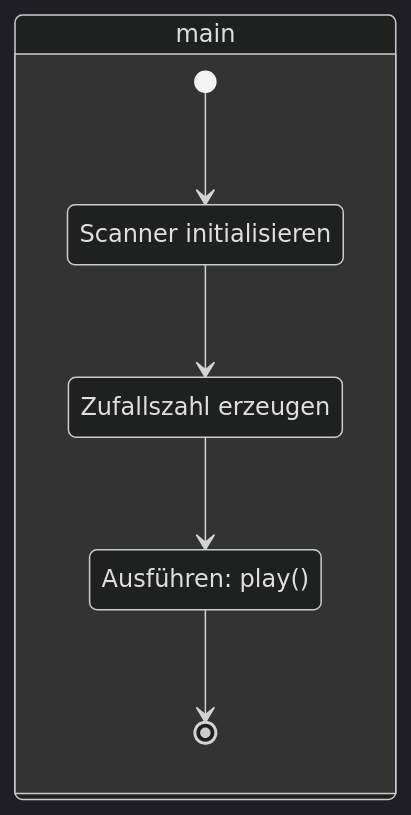
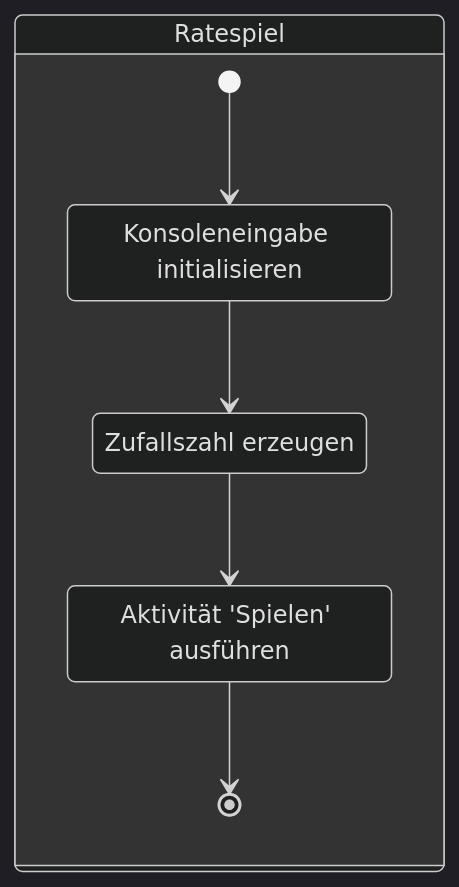
One commit to jappuccini/java-docs changed the second of 4 diagrams in docs/exercises/activity-diagrams/activity-diagrams01.mdx. Above: the diagram before and after it, drawn with Mermaid (dark theme). The commit also changed other lines of this file and 5 other files, not shown here.

Commit message:
Update Activity Diagrams and Add New Exam Exercises

````diff
--- a/docs/exercises/activity-diagrams/activity-diagrams01.mdx
+++ b/docs/exercises/activity-diagrams/activity-diagrams01.mdx
@@ -26,13 +26,13 @@
 ```mermaid
 stateDiagram-v2
-    state "Scanner initialisieren" as state1
+    state "Konsoleneingabe initialisieren" as state1
     state "Zufallszahl erzeugen" as state2
-    state "Ausführen: play()" as state3
+    state "Aktivität 'Spielen' ausführen" as state3
 
-    state main {
+    state "Ratespiel" as main {
         [*] --> state1
         state1 --> state2
         state2 --> state3
         state3 --> [*]
     }
 ```
````
